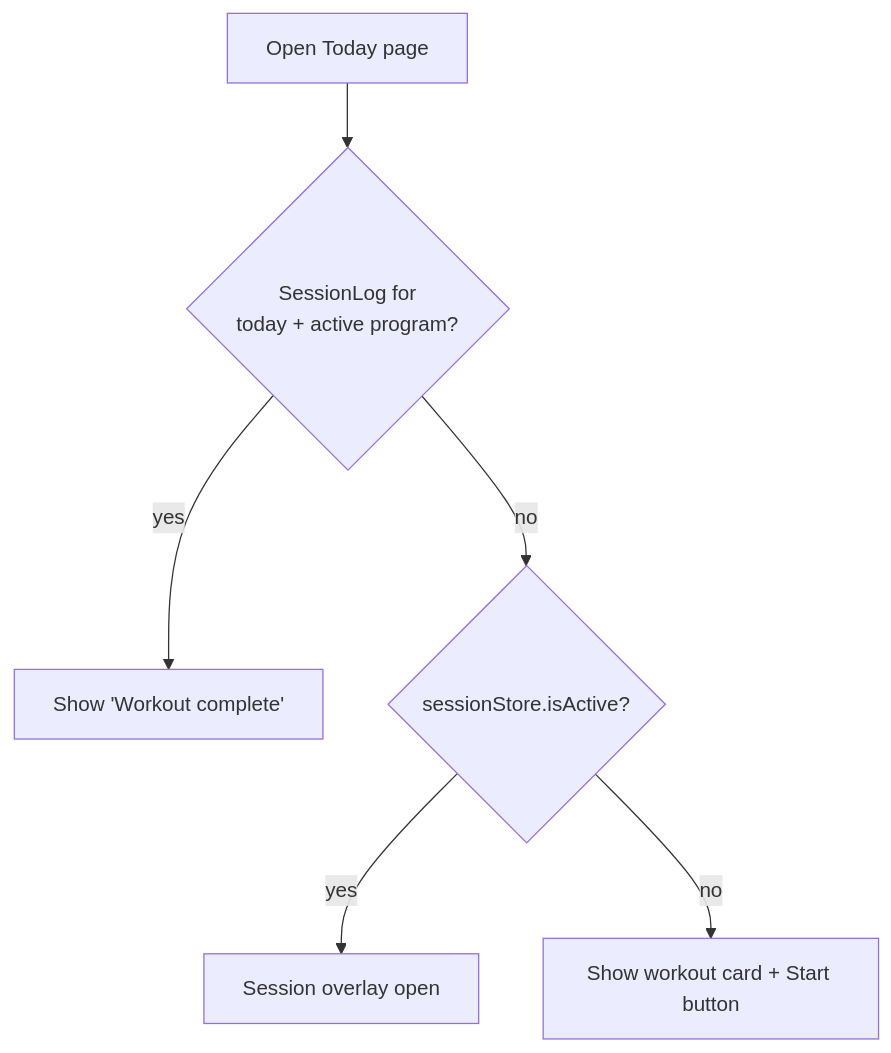
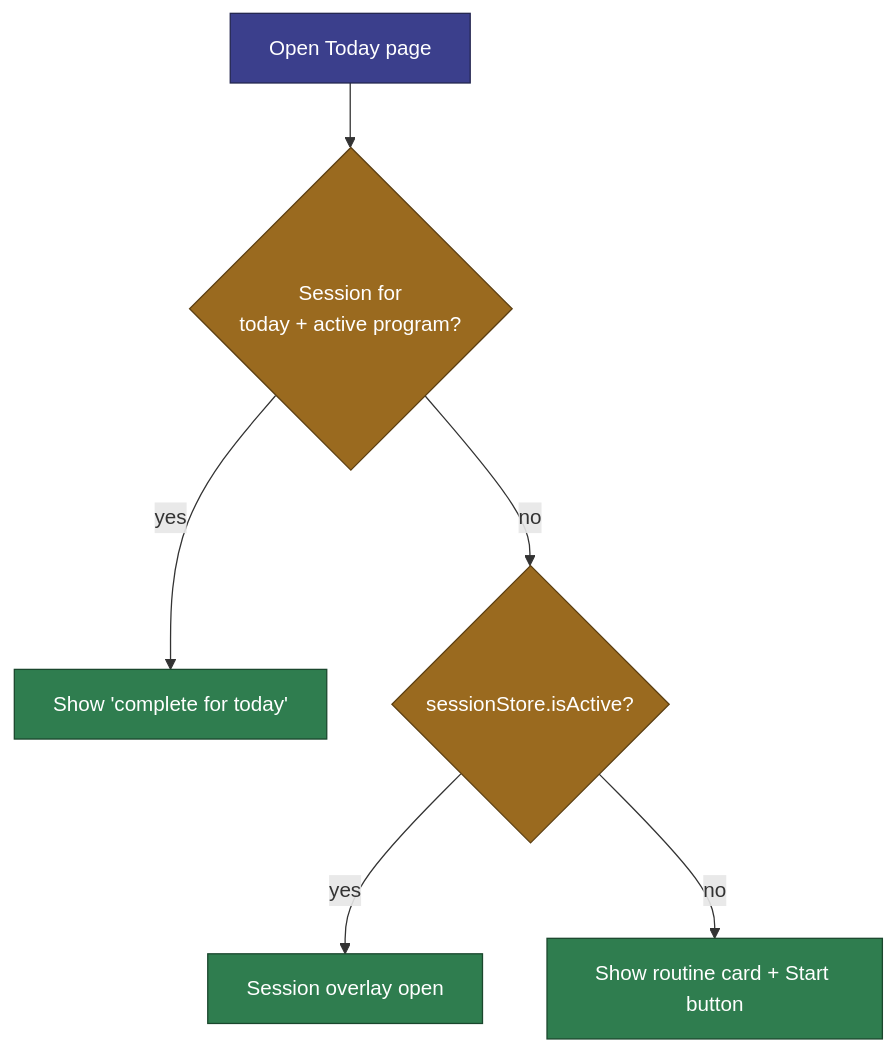
One commit to jermbo/CosmicWorkOut changed the second of 2 diagrams in docs/implementation/program-progression.md. Above: the diagram before and after it, drawn with Mermaid. The commit also changed other lines of this file and 132 other files, not shown here.

````diff
--- a/docs/implementation/program-progression.md
+++ b/docs/implementation/program-progression.md
@@ -56,8 +59,15 @@
 ```mermaid
 flowchart TD
-    Open[Open Today page] --> Done{SessionLog for<br/>today + active program?}
-    Done -->|yes| Complete[Show 'Workout complete']
+    Open[Open Today page] --> Done{Session for<br/>today + active program?}
+    Done -->|yes| Complete[Show 'complete for today']
     Done -->|no| Active{sessionStore.isActive?}
     Active -->|yes| Overlay[Session overlay open]
-    Active -->|no| Start[Show workout card + Start button]
+    Active -->|no| Start[Show routine card + Start button]
+
+    classDef start fill:#3b3f8c,stroke:#23264f,color:#ffffff;
+    classDef decision fill:#9a6a1f,stroke:#5c3f12,color:#ffffff;
+    classDef done fill:#2f7d4f,stroke:#1a472d,color:#ffffff;
+    class Open start;
+    class Done,Active decision;
+    class Complete,Overlay,Start done;
 ```
````
